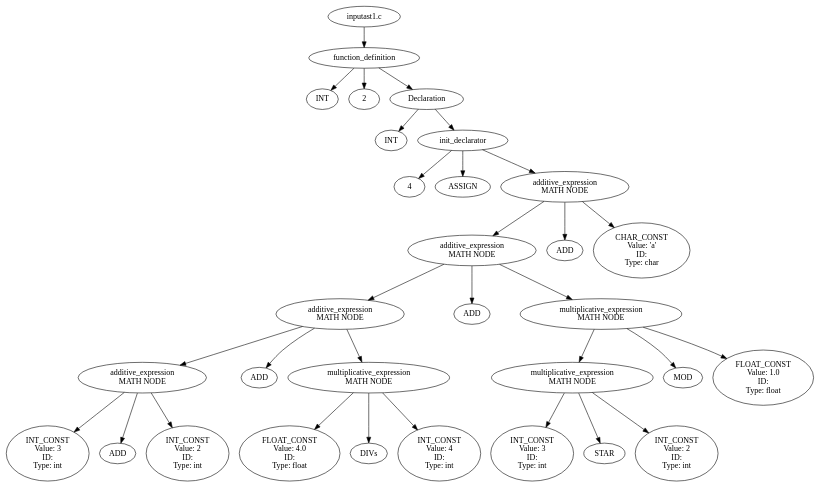
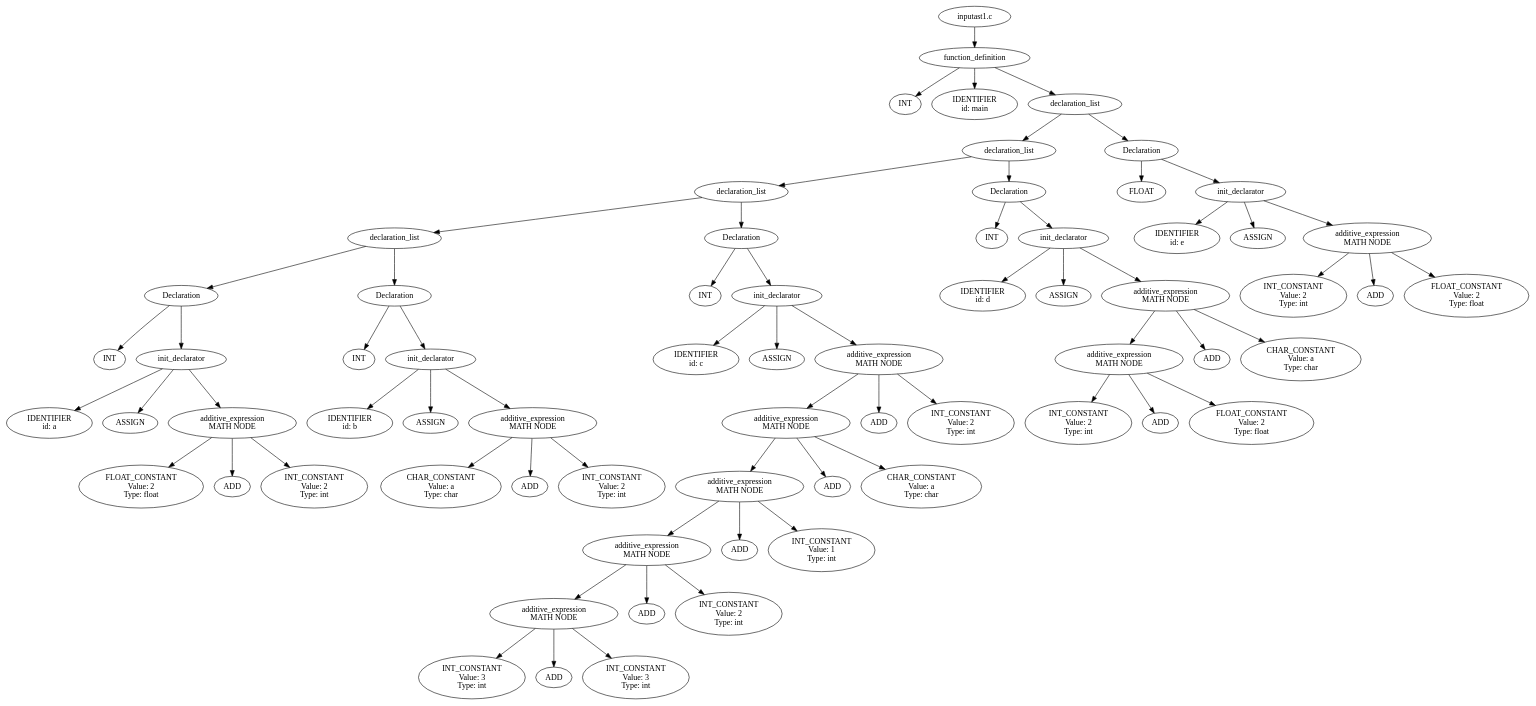
One commit to matthewbeck1998/bgp changed the diagram in bgp/output/treeOut.dot. Above: the diagram before and after it, drawn with Graphviz. The commit also changed 4 other files, not shown here.

Commit message:
Dear Dr. Harris, the AST now detects and handles are type coercion with math operators. Love, Price

```diff
--- a/bgp/output/treeOut.dot
+++ b/bgp/output/treeOut.dot
@@ -1,92 +1,189 @@
 digraph G {
 0[label = "input\ast1.c"];
-0 -> 30
-30[label = "function_definition"];
-30 -> 1
+0 -> 67
+67[label = "function_definition"];
+67 -> 1
 1[label = "INT"];
-30 -> 2
-30 -> 29
-29[label = "Declaration"];
-29 -> 3
+67 -> 2
+2[label = "IDENTIFIER
+id: main
+"];
+67 -> 66
+66[label = "declaration_list"];
+66 -> 56
+56[label = "declaration_list"];
+56 -> 43
+43[label = "declaration_list"];
+43 -> 21
+21[label = "declaration_list"];
+21 -> 11
+11[label = "Declaration"];
+11 -> 3
 3[label = "INT"];
-29 -> 27
-27[label = "init_declarator"];
-27 -> 4
-27 -> 28
-28[label = "ASSIGN"];
-27 -> 26
-26[label = "additive_expression
-MATH NODE"];
-26 -> 23
-23[label = "additive_expression
-MATH NODE"];
-23 -> 14
-14[label = "additive_expression
-MATH NODE"];
-14 -> 8
+11 -> 9
+9[label = "init_declarator"];
+9 -> 4
+4[label = "IDENTIFIER
+id: a
+"];
+9 -> 10
+10[label = "ASSIGN"];
+9 -> 8
 8[label = "additive_expression
 MATH NODE"];
 8 -> 5
-5[label = "INT_CONST
-Value: 3
-ID: 
-Type: int"];
+5[label = "FLOAT_CONSTANT
+Value: 2
+Type: float"];
 8 -> 7
 7[label = "ADD"];
 8 -> 6
-6[label = "INT_CONST
+6[label = "INT_CONSTANT
 Value: 2
-ID: 
-Type: int"];
-14 -> 13
-13[label = "ADD"];
-14 -> 12
-12[label = "multiplicative_expression
-MATH NODE"];
-12 -> 9
-9[label = "FLOAT_CONST
-Value: 4.0
-ID: 
-Type: float"];
-12 -> 11
-11[label = "DIVs"];
-12 -> 10
-10[label = "INT_CONST
-Value: 4
-ID: 
-Type: int"];
-23 -> 22
-22[label = "ADD"];
-23 -> 21
-21[label = "multiplicative_expression
-MATH NODE"];
-21 -> 18
-18[label = "multiplicative_expression
-MATH NODE"];
-18 -> 15
-15[label = "INT_CONST
-Value: 3
-ID: 
-Type: int"];
-18 -> 17
-17[label = "STAR"];
-18 -> 16
-16[label = "INT_CONST
-Value: 2
-ID: 
 Type: int"];
 21 -> 20
-20[label = "MOD"];
-21 -> 19
-19[label = "FLOAT_CONST
-Value: 1.0
-ID: 
+20[label = "Declaration"];
+20 -> 12
+12[label = "INT"];
+20 -> 18
+18[label = "init_declarator"];
+18 -> 13
+13[label = "IDENTIFIER
+id: b
+"];
+18 -> 19
+19[label = "ASSIGN"];
+18 -> 17
+17[label = "additive_expression
+MATH NODE"];
+17 -> 14
+14[label = "CHAR_CONSTANT
+Value: a
+Type: char"];
+17 -> 16
+16[label = "ADD"];
+17 -> 15
+15[label = "INT_CONSTANT
+Value: 2
+Type: int"];
+43 -> 42
+42[label = "Declaration"];
+42 -> 22
+22[label = "INT"];
+42 -> 40
+40[label = "init_declarator"];
+40 -> 23
+23[label = "IDENTIFIER
+id: c
+"];
+40 -> 41
+41[label = "ASSIGN"];
+40 -> 39
+39[label = "additive_expression
+MATH NODE"];
+39 -> 36
+36[label = "additive_expression
+MATH NODE"];
+36 -> 33
+33[label = "additive_expression
+MATH NODE"];
+33 -> 30
+30[label = "additive_expression
+MATH NODE"];
+30 -> 27
+27[label = "additive_expression
+MATH NODE"];
+27 -> 24
+24[label = "INT_CONSTANT
+Value: 3
+Type: int"];
+27 -> 26
+26[label = "ADD"];
+27 -> 25
+25[label = "INT_CONSTANT
+Value: 3
+Type: int"];
+30 -> 29
+29[label = "ADD"];
+30 -> 28
+28[label = "INT_CONSTANT
+Value: 2
+Type: int"];
+33 -> 32
+32[label = "ADD"];
+33 -> 31
+31[label = "INT_CONSTANT
+Value: 1
+Type: int"];
+36 -> 35
+35[label = "ADD"];
+36 -> 34
+34[label = "CHAR_CONSTANT
+Value: a
+Type: char"];
+39 -> 38
+38[label = "ADD"];
+39 -> 37
+37[label = "INT_CONSTANT
+Value: 2
+Type: int"];
+56 -> 55
+55[label = "Declaration"];
+55 -> 44
+44[label = "INT"];
+55 -> 53
+53[label = "init_declarator"];
+53 -> 45
+45[label = "IDENTIFIER
+id: d
+"];
+53 -> 54
+54[label = "ASSIGN"];
+53 -> 52
+52[label = "additive_expression
+MATH NODE"];
+52 -> 49
+49[label = "additive_expression
+MATH NODE"];
+49 -> 46
+46[label = "INT_CONSTANT
+Value: 2
+Type: int"];
+49 -> 48
+48[label = "ADD"];
+49 -> 47
+47[label = "FLOAT_CONSTANT
+Value: 2
 Type: float"];
-26 -> 25
-25[label = "ADD"];
-26 -> 24
-24[label = "CHAR_CONST
-Value: 'a'
-ID: 
+52 -> 51
+51[label = "ADD"];
+52 -> 50
+50[label = "CHAR_CONSTANT
+Value: a
 Type: char"];
+66 -> 65
+65[label = "Declaration"];
+65 -> 57
+57[label = "FLOAT"];
+65 -> 63
+63[label = "init_declarator"];
+63 -> 58
+58[label = "IDENTIFIER
+id: e
+"];
+63 -> 64
+64[label = "ASSIGN"];
+63 -> 62
+62[label = "additive_expression
+MATH NODE"];
+62 -> 59
+59[label = "INT_CONSTANT
+Value: 2
+Type: int"];
+62 -> 61
+61[label = "ADD"];
+62 -> 60
+60[label = "FLOAT_CONSTANT
+Value: 2
+Type: float"];
 }
```
